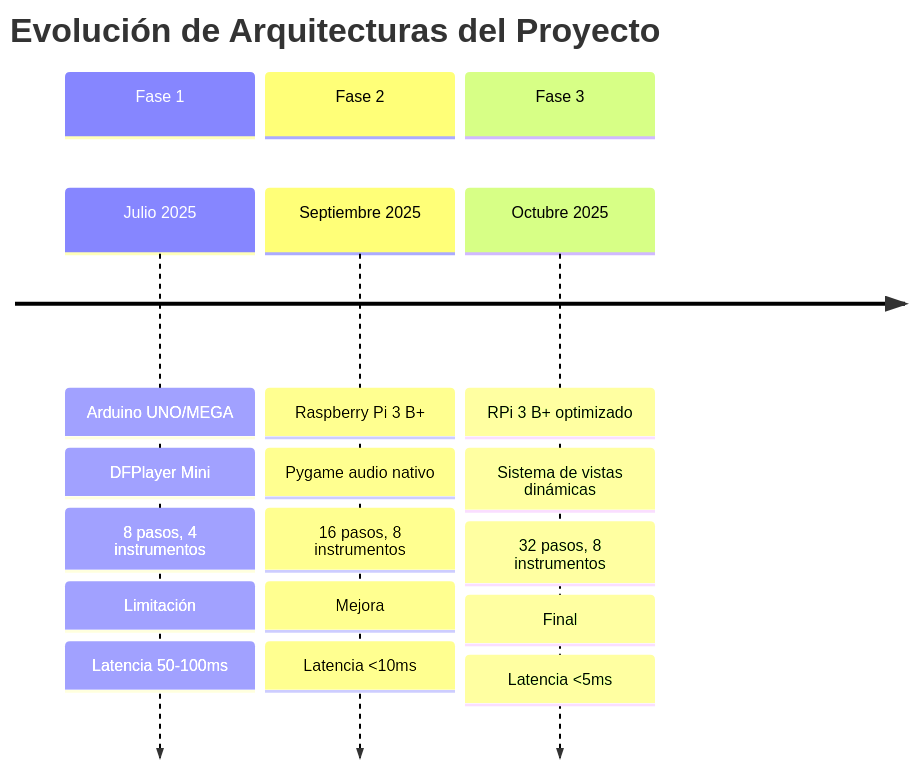
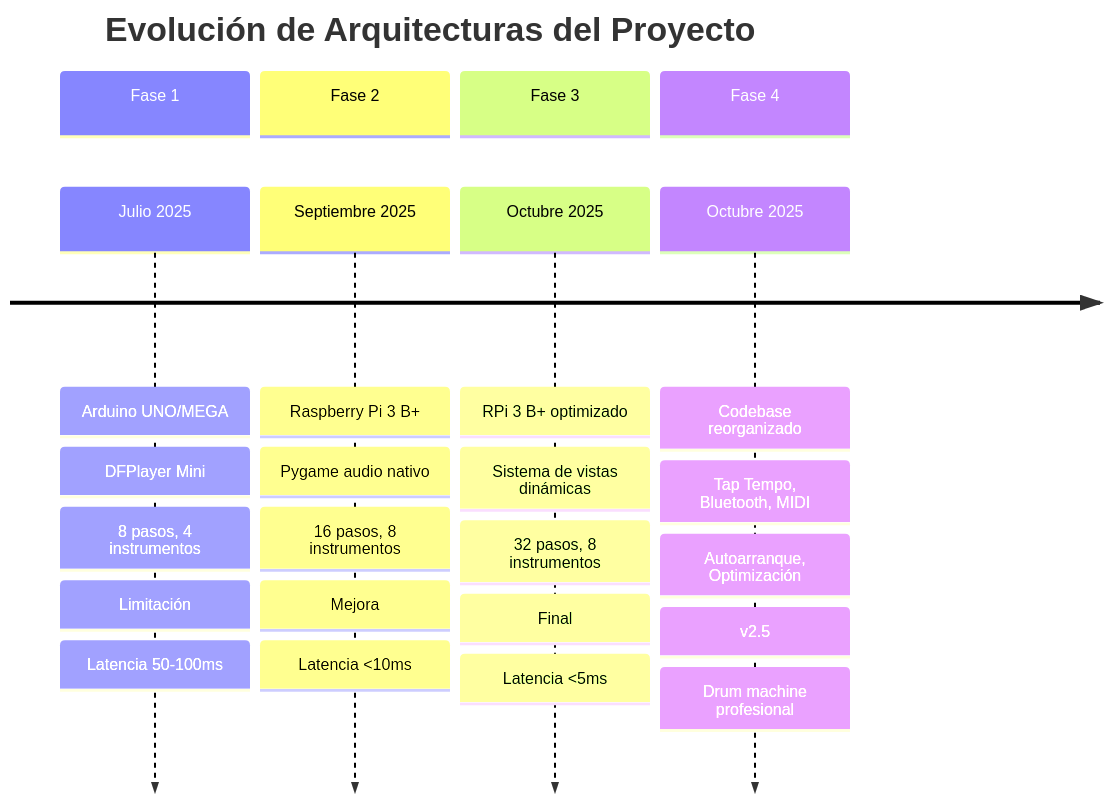
One commit to Camionerou/TP-FINAL-2025-Drum-Machine changed the first of 10 diagrams in docs/INFORME_TECNICO_PRODUCTO.md. Above: the diagram before and after it, drawn with Mermaid. The commit also changed other lines of this file and 2 other files, not shown here.

````diff
--- a/docs/INFORME_TECNICO_PRODUCTO.md
+++ b/docs/INFORME_TECNICO_PRODUCTO.md
@@ -37,19 +38,24 @@
 ```mermaid
 timeline
     title Evolución de Arquitecturas del Proyecto
     section Fase 1
         Julio 2025 : Arduino UNO/MEGA
                    : DFPlayer Mini
                    : 8 pasos, 4 instrumentos
                    : Limitación: Latencia 50-100ms
     section Fase 2
         Septiembre 2025 : Raspberry Pi 3 B+
                         : Pygame audio nativo
                         : 16 pasos, 8 instrumentos
                         : Mejora: Latencia <10ms
     section Fase 3
         Octubre 2025 : RPi 3 B+ optimizado
                      : Sistema de vistas dinámicas
                      : 32 pasos, 8 instrumentos
                      : Final: Latencia <5ms
+    section Fase 4
+        Octubre 2025 : Codebase reorganizado
+                     : Tap Tempo, Bluetooth, MIDI
+                     : Autoarranque, Optimización
+                     : v2.5: Drum machine profesional
 ```
````
